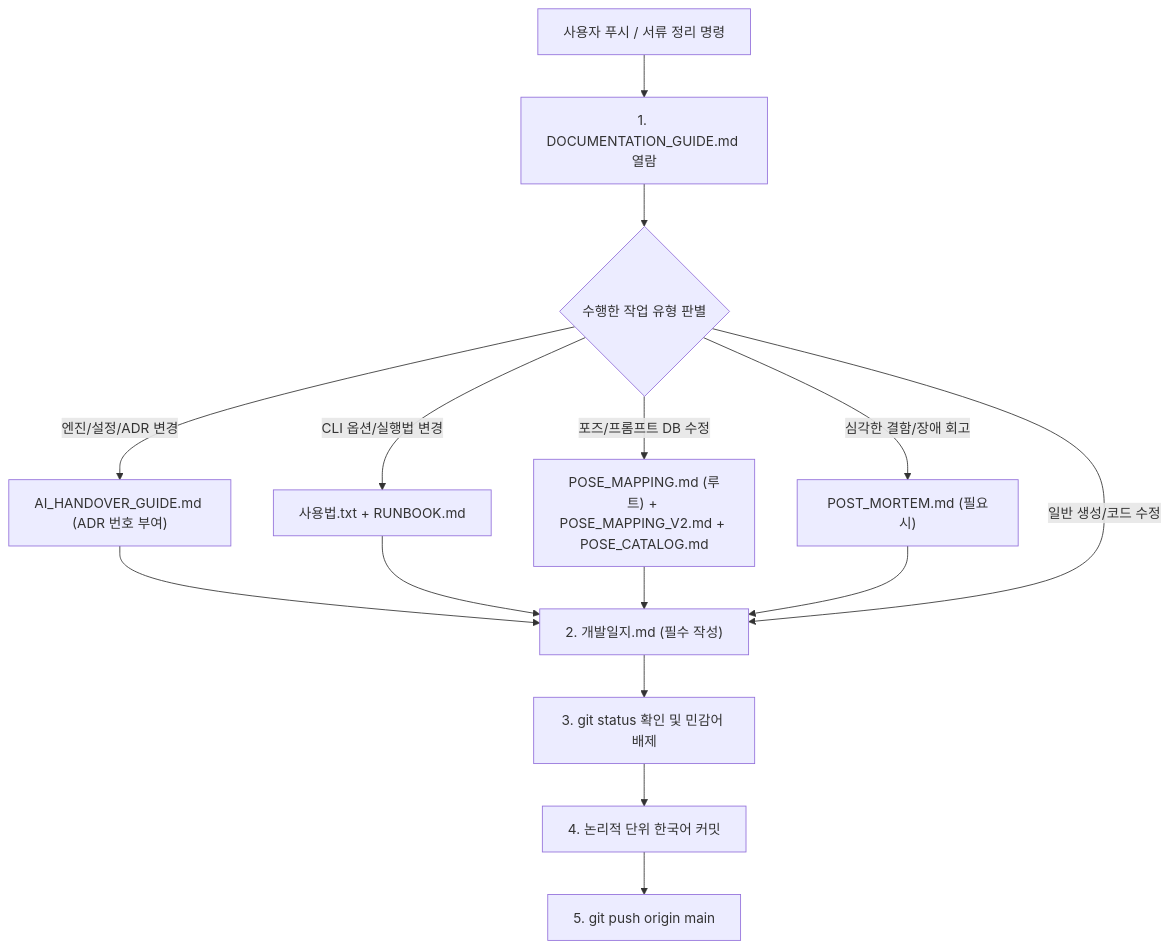
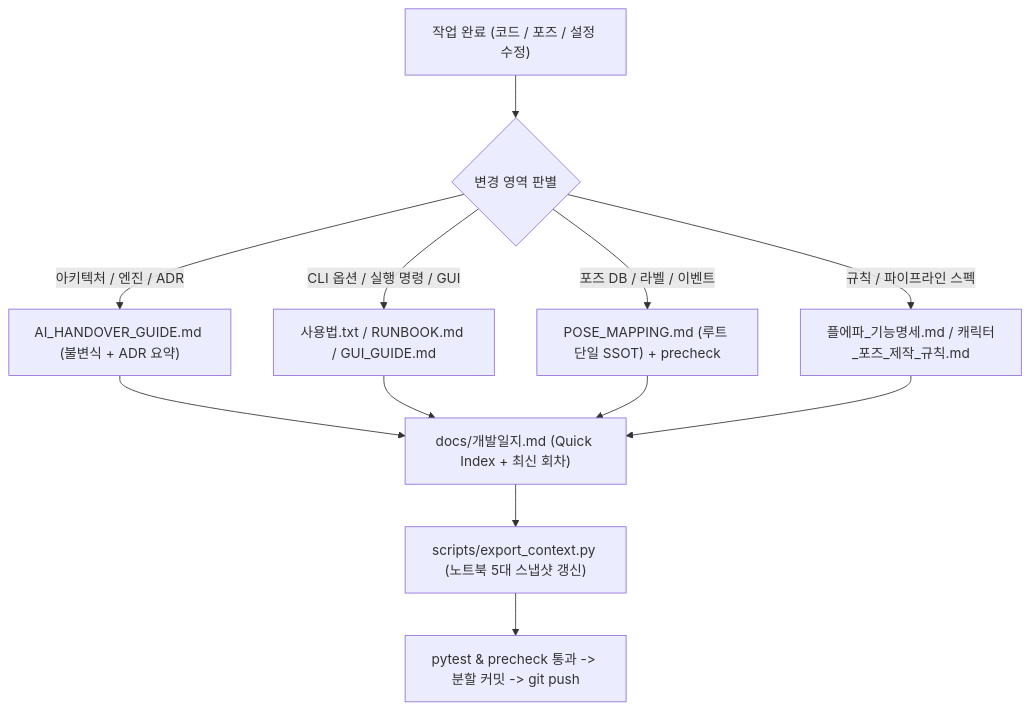
Before and after one commit to LeeKyunHo/plepa: the diagram in docs/DOCUMENTATION_GUIDE.md, drawn with Mermaid. The commit also changed other lines of this file and 10 other files, not shown here.

````diff
--- a/docs/DOCUMENTATION_GUIDE.md
+++ b/docs/DOCUMENTATION_GUIDE.md
@@ -33,20 +32,11 @@
 ```mermaid
 flowchart TD
-    Start["사용자 푸시 / 서류 정리 명령"] --> ReadGuide["1. DOCUMENTATION_GUIDE.md 열람"]
-    ReadGuide --> CheckType{"수행한 작업 유형 판별"}
-    
-    CheckType -->|"엔진/설정/ADR 변경"| ADR["AI_HANDOVER_GUIDE.md (ADR 번호 부여)"]
-    CheckType -->|"CLI 옵션/실행법 변경"| CLI["사용법.txt + RUNBOOK.md"]
-    CheckType -->|"포즈/프롬프트 DB 수정"| Pose["POSE_MAPPING.md (루트) + POSE_MAPPING_V2.md + POSE_CATALOG.md"]
-    CheckType -->|"심각한 결함/장애 회고"| PM["POST_MORTEM.md (필요시)"]
-    
-    ADR --> DevLog["2. 개발일지.md (필수 작성)"]
-    CLI --> DevLog
-    Pose --> DevLog
-    PM --> DevLog
-    CheckType -->|"일반 생성/코드 수정"| DevLog
-    
-    DevLog --> GitCheck["3. git status 확인 및 민감어 배제"]
-    GitCheck --> Commit["4. 논리적 단위 한국어 커밋"]
-    Commit --> Push["5. git push origin main"]
+    Start["작업 완료 (코드 / 포즈 / 설정 수정)"] --> CheckType{"변경 영역 판별"}
+    CheckType -->|"아키텍처 / 엔진 / ADR"| ADR["AI_HANDOVER_GUIDE.md (불변식 + ADR 요약)"]
+    CheckType -->|"CLI 옵션 / 실행 명령 / GUI"| Ops["사용법.txt / RUNBOOK.md / GUI_GUIDE.md"]
+    CheckType -->|"포즈 DB / 라벨 / 이벤트"| Pose["POSE_MAPPING.md (루트 단일 SSOT) + precheck"]
+    CheckType -->|"규칙 / 파이프라인 스펙"| Spec["플에파_기능명세.md / 캐릭터_포즈_제작_규칙.md"]
+    ADR & Ops & Pose & Spec --> DevLog["docs/개발일지.md (Quick Index + 최신 회차)"]
+    DevLog --> Snapshot["scripts/export_context.py (노트북 5대 스냅샷 갱신)"]
+    Snapshot --> Push["pytest & precheck 통과 -> 분할 커밋 -> git push"]
 ```
````
